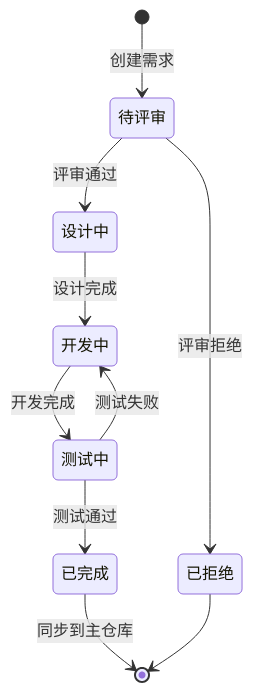
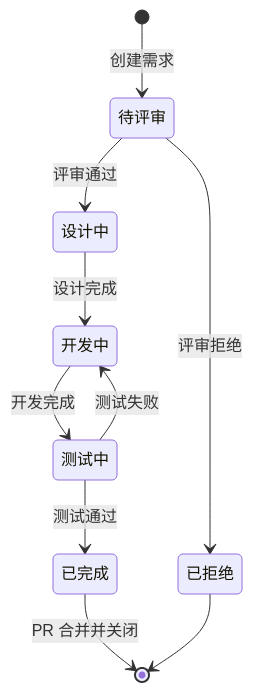
Before and after one commit to bigsmartben/bb-spec-kit: the diagram in .spec-workspace/requirements/REQUIREMENTS.md, drawn with Mermaid. The commit also changed other lines of this file and 47 other files, not shown here.

````diff
--- a/.spec-workspace/requirements/REQUIREMENTS.md
+++ b/.spec-workspace/requirements/REQUIREMENTS.md
@@ -197,12 +182,12 @@
 ```mermaid
 stateDiagram-v2
     [*] --> 待评审: 创建需求
     待评审 --> 设计中: 评审通过
     待评审 --> 已拒绝: 评审拒绝
     设计中 --> 开发中: 设计完成
     开发中 --> 测试中: 开发完成
     测试中 --> 开发中: 测试失败
     测试中 --> 已完成: 测试通过
-    已完成 --> [*]: 同步到主仓库
+    已完成 --> [*]: PR 合并并关闭
     已拒绝 --> [*]
 ```
````
